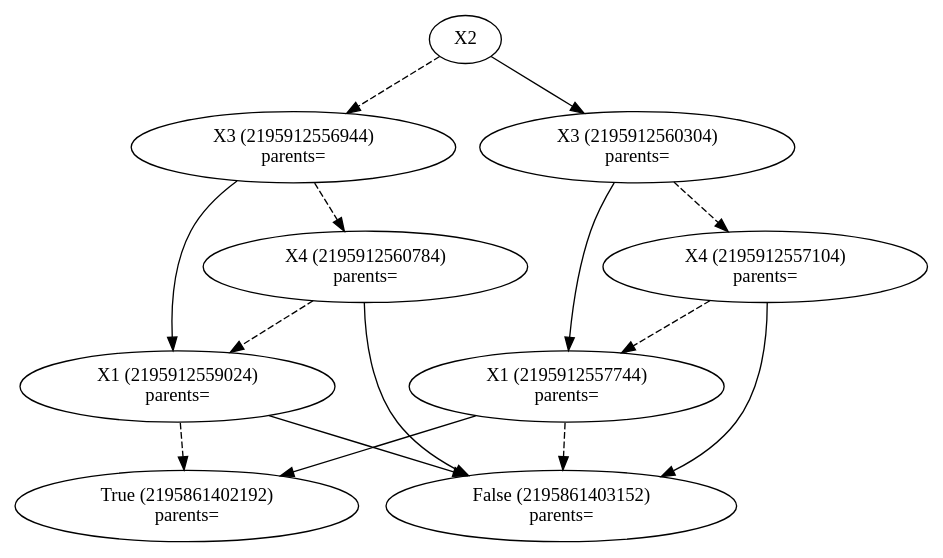
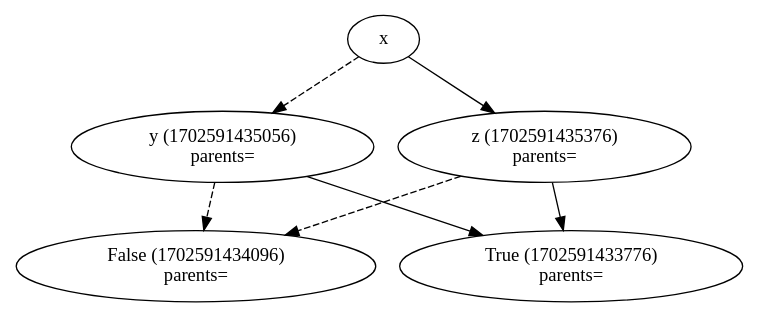
The diagram in out/cleared parents.dot (O1ez/IncreasingResilienceOfAutomatedVehicles), drawn with Graphviz before and after one commit. The commit also changed 14 other files, not shown here.

```diff
--- a/out/cleared parents.dot
+++ b/out/cleared parents.dot
@@ -1,29 +1,13 @@
-digraph{2195861404112[label=X2]2195912556944[label="X3 (2195912556944) \nparents="]
-2195861404112 -> 2195912556944[style=dashed label="" fontcolor = gray]
-2195912560784[label="X4 (2195912560784) \nparents="]
-2195912556944 -> 2195912560784[style=dashed label="" fontcolor = gray]
-2195912559024[label="X1 (2195912559024) \nparents="]
-2195912560784 -> 2195912559024[style=dashed label="" fontcolor = gray]
-2195861402192[label="True (2195861402192) \nparents= "]
-2195912559024 -> 2195861402192[style=dashed label="" fontcolor = gray]
-2195861403152[label="False (2195861403152)\nparents="]
-2195912559024 -> 2195861403152 [label="" fontcolor = gray]
-2195861403152[label="False (2195861403152)\nparents="]
-2195912560784 -> 2195861403152 [label="" fontcolor = gray]
-2195912559024[label="X1 (2195912559024)\nparents="]
-2195912556944 -> 2195912559024 [label="" fontcolor = gray]
-2195912560304[label="X3 (2195912560304)\nparents="]
-2195861404112 -> 2195912560304 [label="" fontcolor = gray]
-2195912557104[label="X4 (2195912557104) \nparents="]
-2195912560304 -> 2195912557104[style=dashed label="" fontcolor = gray]
-2195912557744[label="X1 (2195912557744) \nparents="]
-2195912557104 -> 2195912557744[style=dashed label="" fontcolor = gray]
-2195861403152[label="False (2195861403152) \nparents= "]
-2195912557744 -> 2195861403152[style=dashed label="" fontcolor = gray]
-2195861402192[label="True (2195861402192)\nparents="]
-2195912557744 -> 2195861402192 [label="" fontcolor = gray]
-2195861403152[label="False (2195861403152)\nparents="]
-2195912557104 -> 2195861403152 [label="" fontcolor = gray]
-2195912557744[label="X1 (2195912557744)\nparents="]
-2195912560304 -> 2195912557744 [label="" fontcolor = gray]
+digraph{1702591432016[label=x]1702591435056[label="y (1702591435056) \nparents="]
+1702591432016 -> 1702591435056[style=dashed label="" fontcolor = gray]
+1702591434096[label="False (1702591434096) \nparents= "]
+1702591435056 -> 1702591434096[style=dashed label="" fontcolor = gray]
+1702591433776[label="True (1702591433776)\nparents="]
+1702591435056 -> 1702591433776 [label="" fontcolor = gray]
+1702591435376[label="z (1702591435376)\nparents="]
+1702591432016 -> 1702591435376 [label="" fontcolor = gray]
+1702591434096[label="False (1702591434096) \nparents= "]
+1702591435376 -> 1702591434096[style=dashed label="" fontcolor = gray]
+1702591433776[label="True (1702591433776)\nparents="]
+1702591435376 -> 1702591433776 [label="" fontcolor = gray]
 }
```
